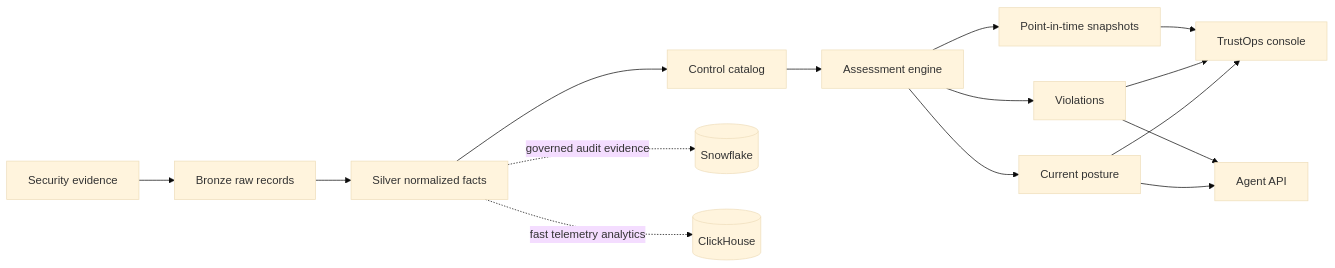
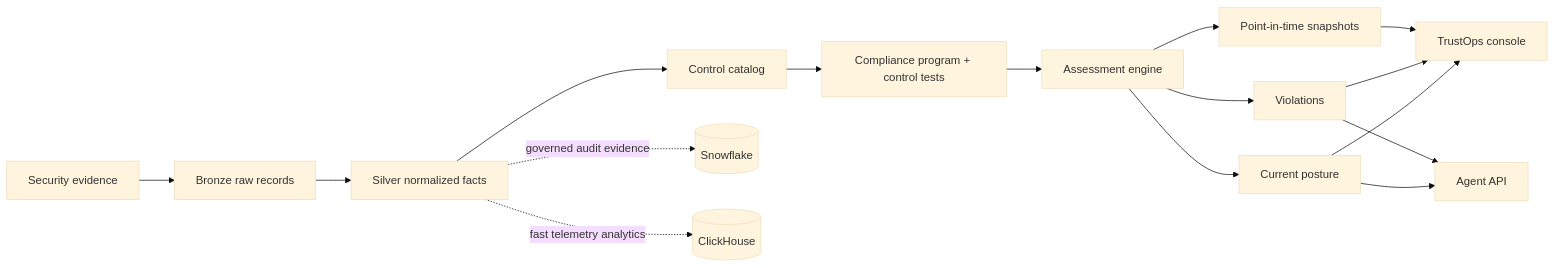
Before and after one commit to msaad00/security-compliance-lakehouse: the second of 3 diagrams in README.md, drawn with Mermaid (base theme). The commit also changed other lines of this file and 11 other files, not shown here.

Commit message:
feat: add compliance program control tests

````diff
--- a/README.md
+++ b/README.md
@@ -95,18 +95,19 @@
 ```mermaid
 flowchart LR
   A[Security evidence] --> B[Bronze raw records]
   B --> C[Silver normalized facts]
   C --> D[Control catalog]
-  D --> E[Assessment engine]
+  D --> P[Compliance program + control tests]
+  P --> E[Assessment engine]
   E --> F[Current posture]
   E --> G[Violations]
   E --> H[Point-in-time snapshots]
   F --> I[TrustOps console]
   G --> I
   H --> I
   F --> J[Agent API]
   G --> J
 
   C -. governed audit evidence .-> S[(Snowflake)]
   C -. fast telemetry analytics .-> K[(ClickHouse)]
 ```
````
